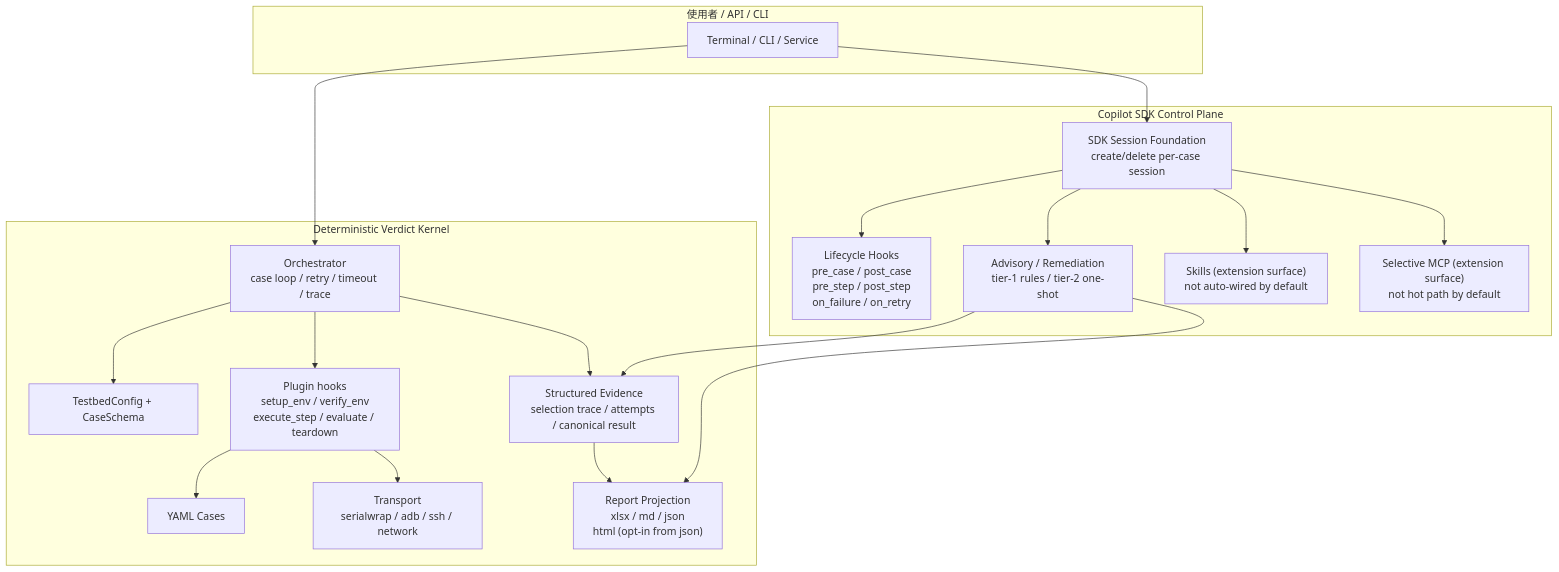
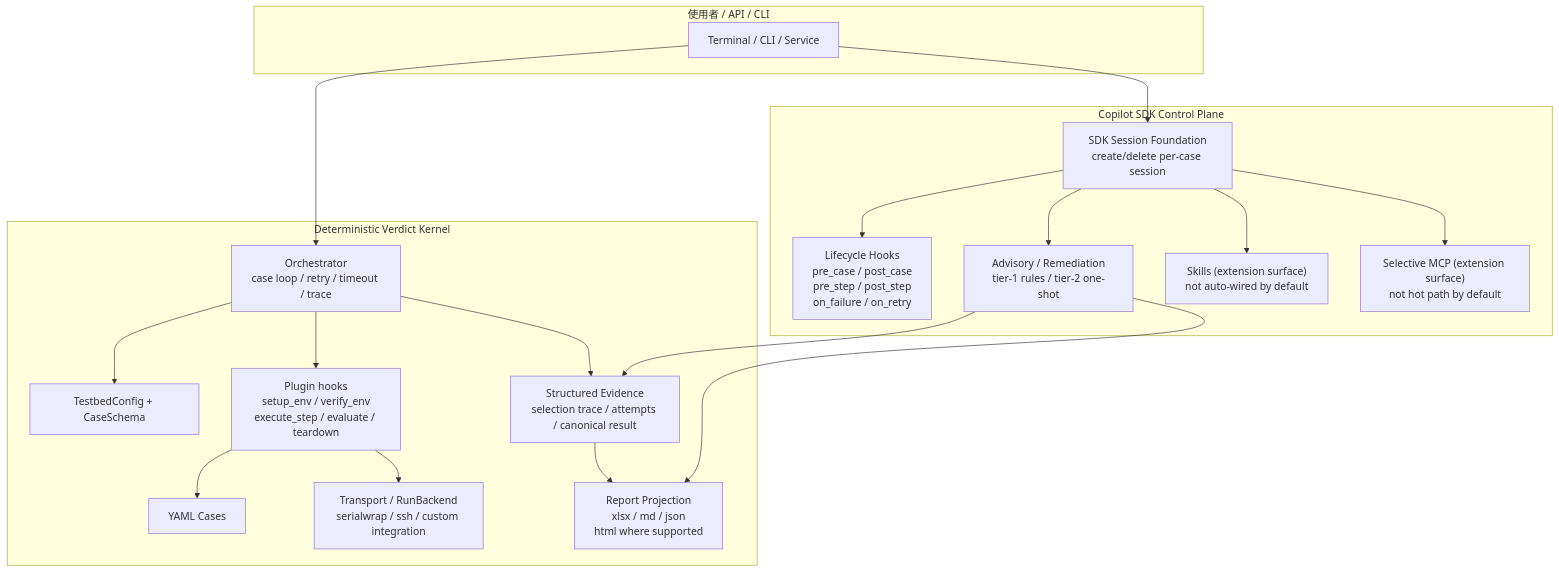
The first of 2 diagrams in docs/spec.md (hamanpaul/testpilot-core), drawn with Mermaid before and after one commit. The commit also changed other lines of this file and 8 other files, not shown here.

````diff
--- a/docs/spec.md
+++ b/docs/spec.md
@@ -58,42 +65,42 @@
 ```mermaid
 graph TB
     subgraph User["使用者 / API / CLI"]
         ui["Terminal / CLI / Service"]
     end
 
     subgraph CP["Copilot SDK Control Plane"]
         sdk["SDK Session Foundation\ncreate/delete per-case session"]
         hooks["Lifecycle Hooks\npre_case / post_case\npre_step / post_step\non_failure / on_retry"]
         agents["Advisory / Remediation\ntier-1 rules / tier-2 one-shot"]
         skills["Skills (extension surface)\nnot auto-wired by default"]
         mcp["Selective MCP (extension surface)\nnot hot path by default"]
     end
 
     subgraph Kernel["Deterministic Verdict Kernel"]
         orch["Orchestrator\ncase loop / retry / timeout / trace"]
         cfg["TestbedConfig + CaseSchema"]
         plugin["Plugin hooks\nsetup_env / verify_env\nexecute_step / evaluate / teardown"]
         yaml["YAML Cases"]
-        transport["Transport\nserialwrap / adb / ssh / network"]
+        transport["Transport / RunBackend\nserialwrap / ssh / custom integration"]
         evidence["Structured Evidence\nselection trace / attempts / canonical result"]
-        report["Report Projection\nxlsx / md / json\nhtml (opt-in from json)"]
+        report["Report Projection\nxlsx / md / json\nhtml where supported"]
     end
 
     ui --> sdk
     ui --> orch
 
     sdk --> hooks
     sdk --> agents
     sdk --> skills
     sdk --> mcp
 
     orch --> cfg
     orch --> plugin
     plugin --> yaml
     plugin --> transport
     orch --> evidence
     evidence --> report
 
     agents --> evidence
     agents --> report
 ```
````
